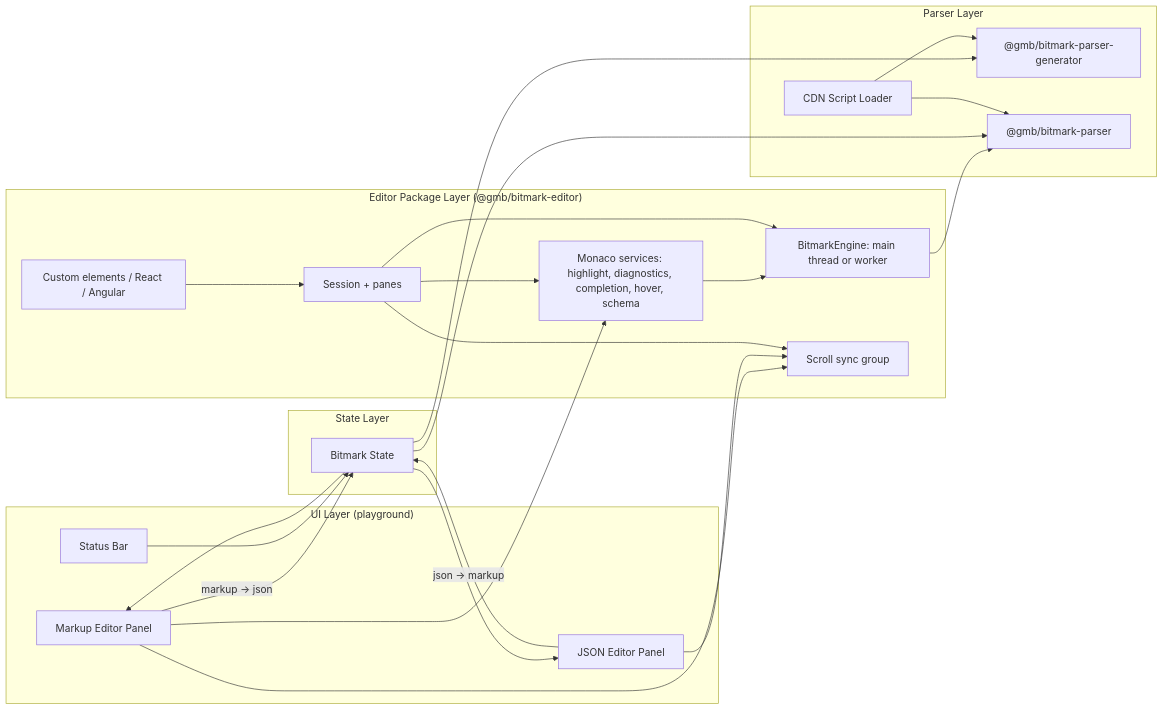
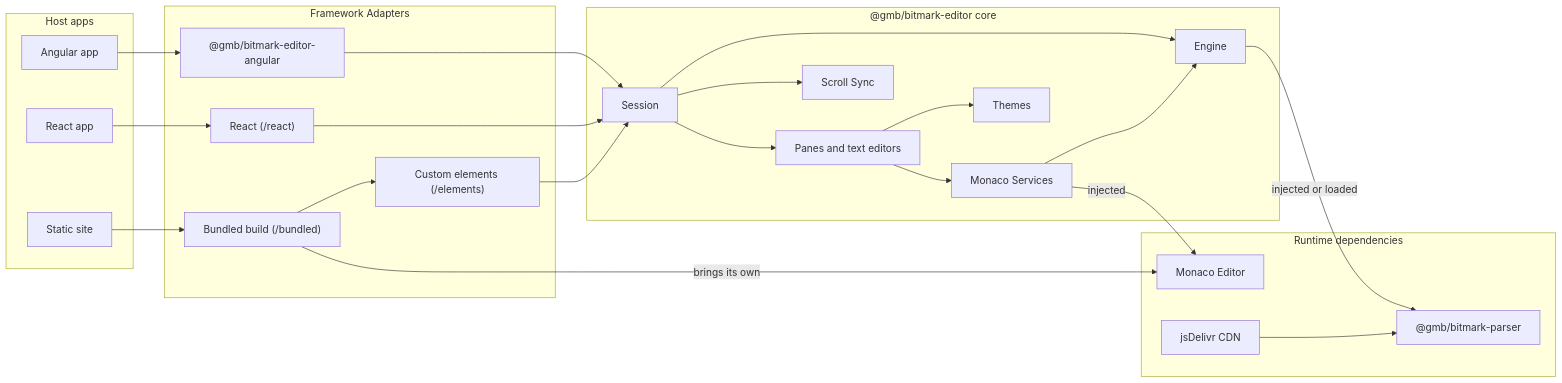
The first of 3 diagrams in .awa/specs/ARCHITECTURE.md (getMoreBrain/bitmark-editor), drawn with Mermaid before and after one commit. The commit also changed other lines of this file and 3 other files, not shown here.

First line of the commit message:
docs: README and architecture for the editor packages (PLAN-024 Phase 8)

````diff
--- a/.awa/specs/ARCHITECTURE.md
+++ b/.awa/specs/ARCHITECTURE.md
@@ -33,45 +42,48 @@
 ```mermaid
 flowchart LR
-    subgraph UI["UI Layer (playground)"]
-        MarkupEditor[Markup Editor Panel]
-        JsonEditor[JSON Editor Panel]
-        StatusBar[Status Bar]
+    subgraph Hosts["Host apps"]
+        Static[Static site]
+        ReactHost[React app]
+        AngularHost[Angular app]
     end
 
-    subgraph Package["Editor Package Layer (@gmb/bitmark-editor)"]
-        Engine[BitmarkEngine: main thread or worker]
-        Services[Monaco services: highlight, diagnostics, completion, hover, schema]
-        Session[Session + panes]
-        Scroll[Scroll sync group]
-        Elements[Custom elements / React / Angular]
+    subgraph Adapters["Framework Adapters"]
+        Elements["Custom elements (/elements)"]
+        ReactAdapter["React (/react)"]
+        AngularPkg["@gmb/bitmark-editor-angular"]
+        Bundled["Bundled build (/bundled)"]
     end
 
-    subgraph Parser["Parser Layer"]
-        BPG["@gmb/bitmark-parser-generator"]
-        BP["@gmb/bitmark-parser"]
-        CDN[CDN Script Loader]
+    subgraph Core["@gmb/bitmark-editor core"]
+        Session[Session]
+        Panes[Panes and text editors]
+        Services[Monaco Services]
+        Scroll[Scroll Sync]
+        Theme[Themes]
+        Engine[Engine]
     end
 
-    subgraph State["State Layer"]
-        BitmarkState[Bitmark State]
+    subgraph External["Runtime dependencies"]
+        Monaco[Monaco Editor]
+        Parser["@gmb/bitmark-parser"]
+        CDN[jsDelivr CDN]
     end
 
-    MarkupEditor --> Services
-    MarkupEditor --> Scroll
-    JsonEditor --> Scroll
-    Services --> Engine
-    Engine --> BP
-    MarkupEditor -- "markup → json" --> BitmarkState
-    JsonEditor -- "json → markup" --> BitmarkState
-    BitmarkState --> BPG
-    BitmarkState --> BP
-    CDN --> BPG
-    CDN --> BP
-    BitmarkState --> MarkupEditor
-    BitmarkState --> JsonEditor
-    StatusBar --> BitmarkState
+    Static --> Bundled
+    ReactHost --> ReactAdapter
+    AngularHost --> AngularPkg
+    Bundled --> Elements
+    Bundled -- "brings its own" --> Monaco
+    AngularPkg --> Session
+    ReactAdapter --> Session
     Elements --> Session
-    Session --> Services
+    Session --> Panes
     Session --> Engine
     Session --> Scroll
+    Panes --> Services
+    Panes --> Theme
+    Services --> Engine
+    Services -- "injected" --> Monaco
+    Engine -- "injected or loaded" --> Parser
+    CDN --> Parser
 ```
````
